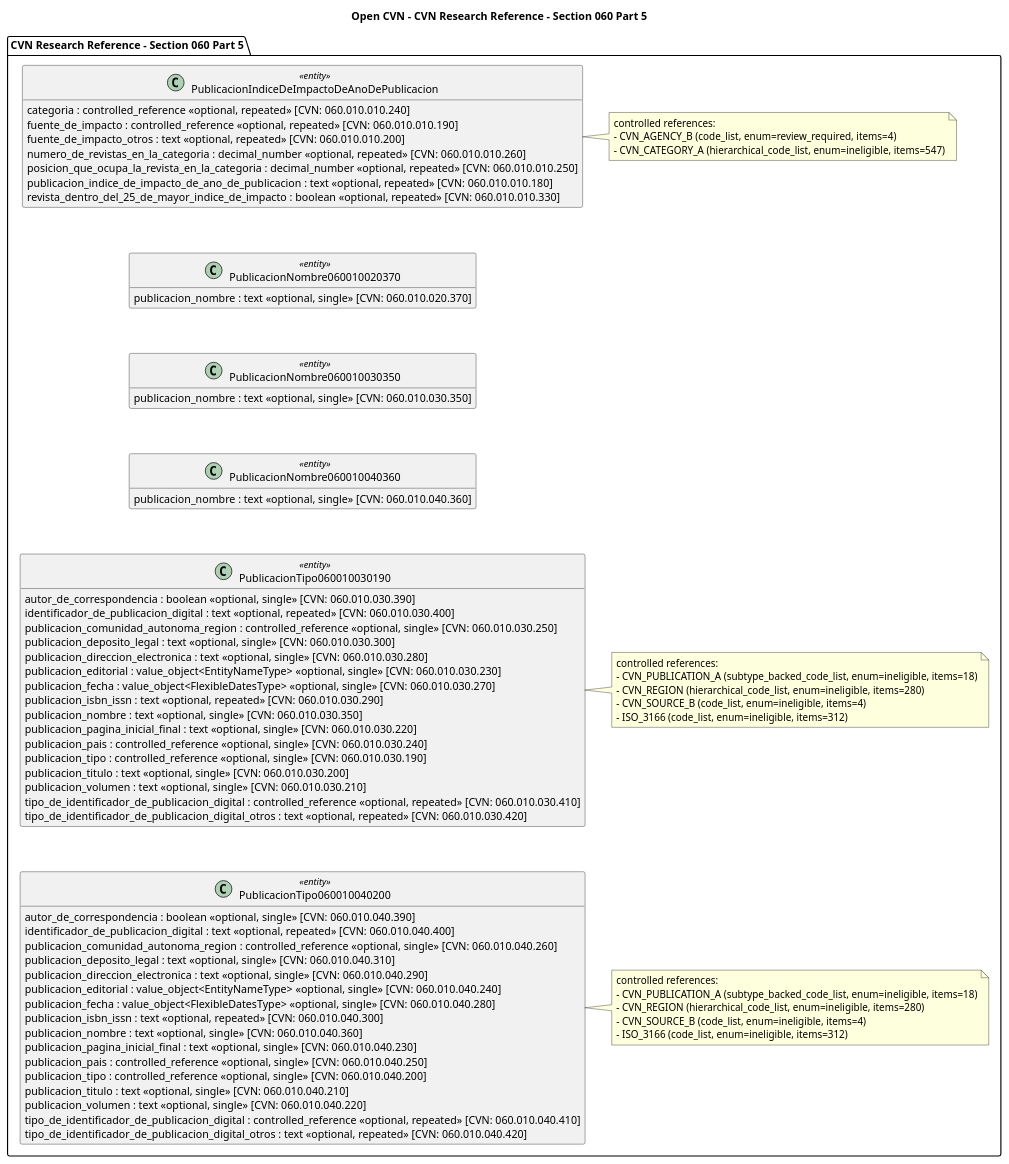
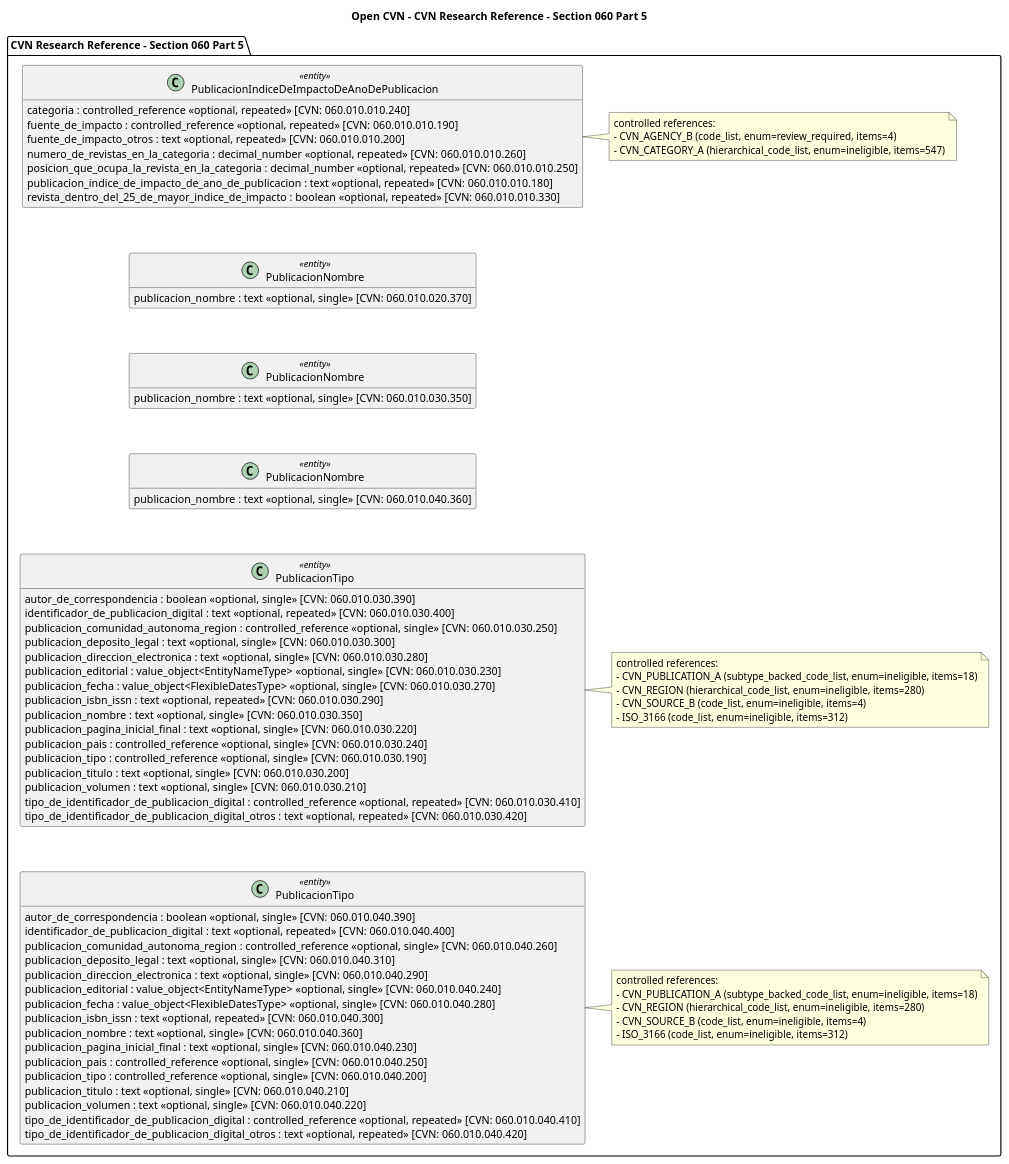
One commit to holt00/TFG-open-cvn-schema changed the diagram in docs/diagrams/open_cvn_research_060_part_05_reference.puml. Above: the diagram before and after it, drawn with PlantUML. The commit also changed 49 other files, not shown here.

```diff
--- a/docs/diagrams/open_cvn_research_060_part_05_reference.puml
+++ b/docs/diagrams/open_cvn_research_060_part_05_reference.puml
@@ -1,98 +1,98 @@
 @startuml
 title Open CVN - CVN Research Reference - Section 060 Part 5
 
 skinparam classAttributeIconSize 0
 skinparam linetype ortho
 top to bottom direction
 hide empty members
 
 package "CVN Research Reference - Section 060 Part 5" as area_research_060_part_05_reference {
 class "PublicacionIndiceDeImpactoDeAnoDePublicacion" as entity_research_publicacionindicedeimpactodeanodepublicacion_060_010_010_240 <<entity>> {
   categoria : controlled_reference <<optional, repeated>> [CVN: 060.010.010.240]
   fuente_de_impacto : controlled_reference <<optional, repeated>> [CVN: 060.010.010.190]
   fuente_de_impacto_otros : text <<optional, repeated>> [CVN: 060.010.010.200]
   numero_de_revistas_en_la_categoria : decimal_number <<optional, repeated>> [CVN: 060.010.010.260]
   posicion_que_ocupa_la_revista_en_la_categoria : decimal_number <<optional, repeated>> [CVN: 060.010.010.250]
   publicacion_indice_de_impacto_de_ano_de_publicacion : text <<optional, repeated>> [CVN: 060.010.010.180]
   revista_dentro_del_25_de_mayor_indice_de_impacto : boolean <<optional, repeated>> [CVN: 060.010.010.330]
 }
 note right of entity_research_publicacionindicedeimpactodeanodepublicacion_060_010_010_240
 controlled references:
 - CVN_AGENCY_B (code_list, enum=review_required, items=4)
 - CVN_CATEGORY_A (hierarchical_code_list, enum=ineligible, items=547)
 end note
 
-class "PublicacionNombre060010020370" as entity_research_publicacionnombre060010020370_060_010_020_370 <<entity>> {
+class "PublicacionNombre" as entity_research_publicacionnombre060010020370_060_010_020_370 <<entity>> {
   publicacion_nombre : text <<optional, single>> [CVN: 060.010.020.370]
 }
 
-class "PublicacionNombre060010030350" as entity_research_publicacionnombre060010030350_060_010_030_350 <<entity>> {
+class "PublicacionNombre" as entity_research_publicacionnombre060010030350_060_010_030_350 <<entity>> {
   publicacion_nombre : text <<optional, single>> [CVN: 060.010.030.350]
 }
 
-class "PublicacionNombre060010040360" as entity_research_publicacionnombre060010040360_060_010_040_360 <<entity>> {
+class "PublicacionNombre" as entity_research_publicacionnombre060010040360_060_010_040_360 <<entity>> {
   publicacion_nombre : text <<optional, single>> [CVN: 060.010.040.360]
 }
 
-class "PublicacionTipo060010030190" as entity_research_publicaciontipo060010030190_060_010_030_190 <<entity>> {
+class "PublicacionTipo" as entity_research_publicaciontipo060010030190_060_010_030_190 <<entity>> {
   autor_de_correspondencia : boolean <<optional, single>> [CVN: 060.010.030.390]
   identificador_de_publicacion_digital : text <<optional, repeated>> [CVN: 060.010.030.400]
   publicacion_comunidad_autonoma_region : controlled_reference <<optional, single>> [CVN: 060.010.030.250]
   publicacion_deposito_legal : text <<optional, single>> [CVN: 060.010.030.300]
   publicacion_direccion_electronica : text <<optional, single>> [CVN: 060.010.030.280]
   publicacion_editorial : value_object<EntityNameType> <<optional, single>> [CVN: 060.010.030.230]
   publicacion_fecha : value_object<FlexibleDatesType> <<optional, single>> [CVN: 060.010.030.270]
   publicacion_isbn_issn : text <<optional, repeated>> [CVN: 060.010.030.290]
   publicacion_nombre : text <<optional, single>> [CVN: 060.010.030.350]
   publicacion_pagina_inicial_final : text <<optional, single>> [CVN: 060.010.030.220]
   publicacion_pais : controlled_reference <<optional, single>> [CVN: 060.010.030.240]
   publicacion_tipo : controlled_reference <<optional, single>> [CVN: 060.010.030.190]
   publicacion_titulo : text <<optional, single>> [CVN: 060.010.030.200]
   publicacion_volumen : text <<optional, single>> [CVN: 060.010.030.210]
   tipo_de_identificador_de_publicacion_digital : controlled_reference <<optional, repeated>> [CVN: 060.010.030.410]
   tipo_de_identificador_de_publicacion_digital_otros : text <<optional, repeated>> [CVN: 060.010.030.420]
 }
 note right of entity_research_publicaciontipo060010030190_060_010_030_190
 controlled references:
 - CVN_PUBLICATION_A (subtype_backed_code_list, enum=ineligible, items=18)
 - CVN_REGION (hierarchical_code_list, enum=ineligible, items=280)
 - CVN_SOURCE_B (code_list, enum=ineligible, items=4)
 - ISO_3166 (code_list, enum=ineligible, items=312)
 end note
 
-class "PublicacionTipo060010040200" as entity_research_publicaciontipo060010040200_060_010_040_200 <<entity>> {
+class "PublicacionTipo" as entity_research_publicaciontipo060010040200_060_010_040_200 <<entity>> {
   autor_de_correspondencia : boolean <<optional, single>> [CVN: 060.010.040.390]
   identificador_de_publicacion_digital : text <<optional, repeated>> [CVN: 060.010.040.400]
   publicacion_comunidad_autonoma_region : controlled_reference <<optional, single>> [CVN: 060.010.040.260]
   publicacion_deposito_legal : text <<optional, single>> [CVN: 060.010.040.310]
   publicacion_direccion_electronica : text <<optional, single>> [CVN: 060.010.040.290]
   publicacion_editorial : value_object<EntityNameType> <<optional, single>> [CVN: 060.010.040.240]
   publicacion_fecha : value_object<FlexibleDatesType> <<optional, single>> [CVN: 060.010.040.280]
   publicacion_isbn_issn : text <<optional, repeated>> [CVN: 060.010.040.300]
   publicacion_nombre : text <<optional, single>> [CVN: 060.010.040.360]
   publicacion_pagina_inicial_final : text <<optional, single>> [CVN: 060.010.040.230]
   publicacion_pais : controlled_reference <<optional, single>> [CVN: 060.010.040.250]
   publicacion_tipo : controlled_reference <<optional, single>> [CVN: 060.010.040.200]
   publicacion_titulo : text <<optional, single>> [CVN: 060.010.040.210]
   publicacion_volumen : text <<optional, single>> [CVN: 060.010.040.220]
   tipo_de_identificador_de_publicacion_digital : controlled_reference <<optional, repeated>> [CVN: 060.010.040.410]
   tipo_de_identificador_de_publicacion_digital_otros : text <<optional, repeated>> [CVN: 060.010.040.420]
 }
 note right of entity_research_publicaciontipo060010040200_060_010_040_200
 controlled references:
 - CVN_PUBLICATION_A (subtype_backed_code_list, enum=ineligible, items=18)
 - CVN_REGION (hierarchical_code_list, enum=ineligible, items=280)
 - CVN_SOURCE_B (code_list, enum=ineligible, items=4)
 - ISO_3166 (code_list, enum=ineligible, items=312)
 end note
 
 }
 
 entity_research_publicacionindicedeimpactodeanodepublicacion_060_010_010_240 -[hidden]down-> entity_research_publicacionnombre060010020370_060_010_020_370
 entity_research_publicacionnombre060010020370_060_010_020_370 -[hidden]down-> entity_research_publicacionnombre060010030350_060_010_030_350
 entity_research_publicacionnombre060010030350_060_010_030_350 -[hidden]down-> entity_research_publicacionnombre060010040360_060_010_040_360
 entity_research_publicacionnombre060010040360_060_010_040_360 -[hidden]down-> entity_research_publicaciontipo060010030190_060_010_030_190
 entity_research_publicaciontipo060010030190_060_010_030_190 -[hidden]down-> entity_research_publicaciontipo060010040200_060_010_040_200
 
 
 @enduml
```
